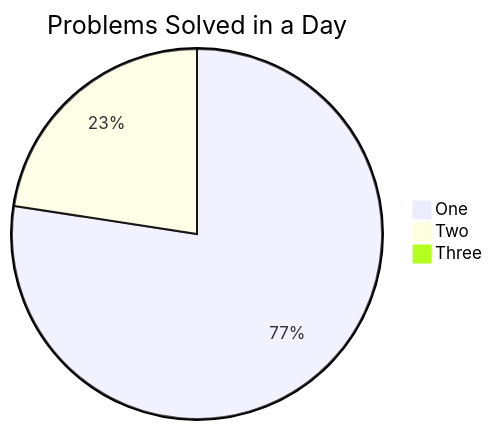
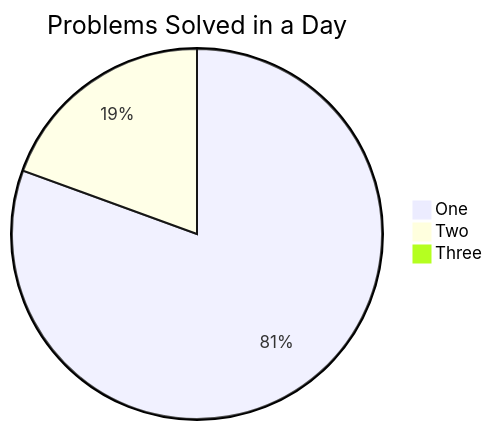
Before and after one commit to Jasjeet-Singh-S/100-days-DSA: the second of 2 diagrams in readme.md, drawn with Mermaid. The commit also changed other lines of this file and 1 other file, not shown here.

````diff
--- a/readme.md
+++ b/readme.md
@@ -25,6 +25,6 @@
 ```mermaid
 pie title Problems Solved in a Day
-    "One" : 24
+    "One" : 29
     "Two" : 7
     "Three" : 0
 ```
````
